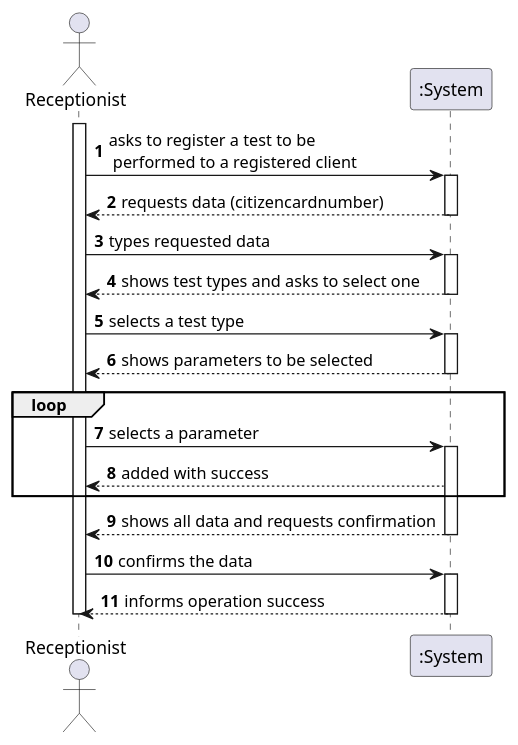
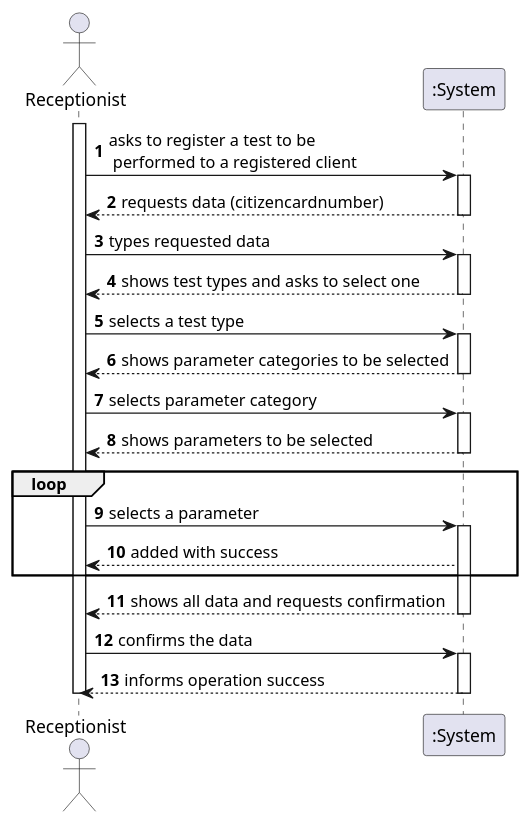
One commit to manu-07-ela/LAPR2_ISEP changed the diagram in docs/SprintC/US04/US04_SSD.puml. Above: the diagram before and after it, drawn with PlantUML. The commit also changed 2 other files, not shown here.

```diff
--- a/docs/SprintC/US04/US04_SSD.puml
+++ b/docs/SprintC/US04/US04_SSD.puml
@@ -1,38 +1,44 @@
 @startuml
 autonumber
 actor "Receptionist" as REP
 
 activate REP
 REP -> ":System" : asks to register a test to be \n performed to a registered client
 activate ":System"
 ":System" --> REP : requests data (citizencardnumber)
 deactivate ":System"
 
 REP -> ":System" : types requested data
 activate ":System"
 ":System" --> REP : shows test types and asks to select one
 deactivate ":System"
 
 REP -> ":System" : selects a test type
+activate ":System"
+
+":System" --> REP : shows parameter categories to be selected
+deactivate ":System"
+
+REP -> ":System" : selects parameter category
 activate ":System"
 
 ":System" --> REP : shows parameters to be selected
 deactivate ":System"
 
 loop
 REP -> ":System" : selects a parameter
 activate ":System"
 ":System" --> REP : added with success
 end
 
 ":System" --> REP : shows all data and requests confirmation
 deactivate ":System"
 
 REP -> ":System" : confirms the data
 activate ":System"
 ":System" --> REP : informs operation success
 deactivate ":System"
 
 deactivate REP
 
 @enduml
```
